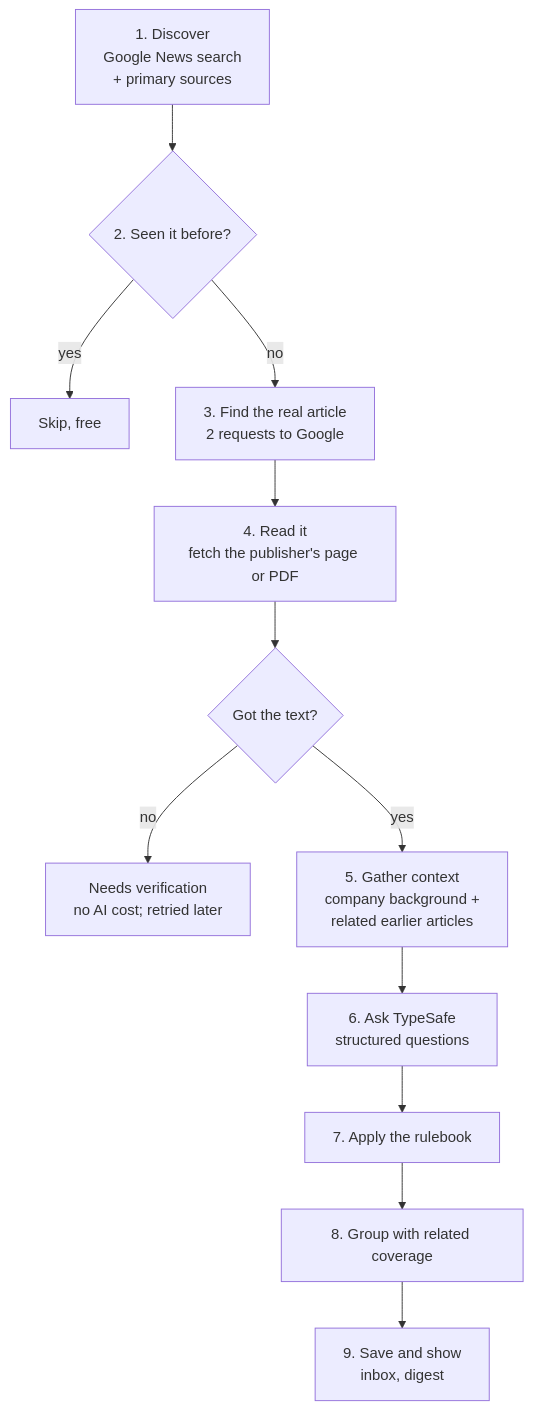
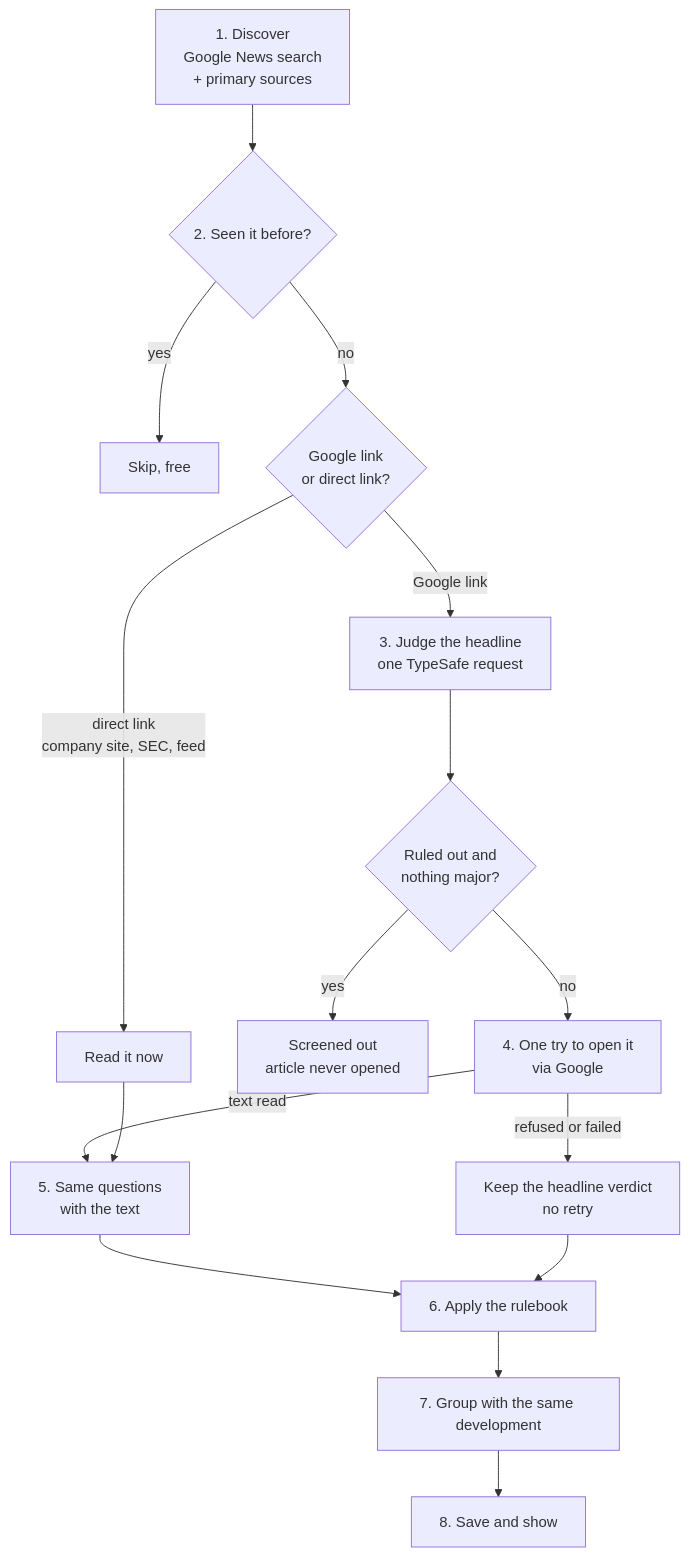
One commit to NithinMantena/stock-monitoring changed the third of 4 diagrams in docs/HOW-IT-WORKS.md. Above: the diagram before and after it, drawn with Mermaid. The commit also changed other lines of this file and 29 other files, not shown here.

````diff
--- a/docs/HOW-IT-WORKS.md
+++ b/docs/HOW-IT-WORKS.md
@@ -147,14 +147,18 @@
 ```mermaid
 flowchart TD
     A[1. Discover<br/>Google News search<br/>+ primary sources] --> B{2. Seen it before?}
     B -- yes --> Z[Skip, free]
-    B -- no --> C[3. Find the real article<br/>2 requests to Google]
-    C --> D[4. Read it<br/>fetch the publisher's page or PDF]
-    D --> E{Got the text?}
-    E -- no --> V[Needs verification<br/>no AI cost; retried later]
-    E -- yes --> F[5. Gather context<br/>company background +<br/>related earlier articles]
-    F --> G[6. Ask TypeSafe<br/>structured questions]
-    G --> H[7. Apply the rulebook]
-    H --> I[8. Group with related coverage]
-    I --> J[9. Save and show<br/>inbox, digest]
+    B -- no --> L{Google link<br/>or direct link?}
+    L -- direct link<br/>company site, SEC, feed --> D[Read it now]
+    L -- Google link --> H[3. Judge the headline<br/>one TypeSafe request]
+    H --> W{Ruled out and<br/>nothing major?}
+    W -- yes --> S[Screened out<br/>article never opened]
+    W -- no --> G[4. One try to open it<br/>via Google]
+    G -- refused or failed --> K[Keep the headline verdict<br/>no retry]
+    G -- text read --> T[5. Same questions<br/>with the text]
+    D --> T
+    T --> R[6. Apply the rulebook]
+    K --> R
+    R --> I[7. Group with the same development]
+    I --> J[8. Save and show]
 ```
````
